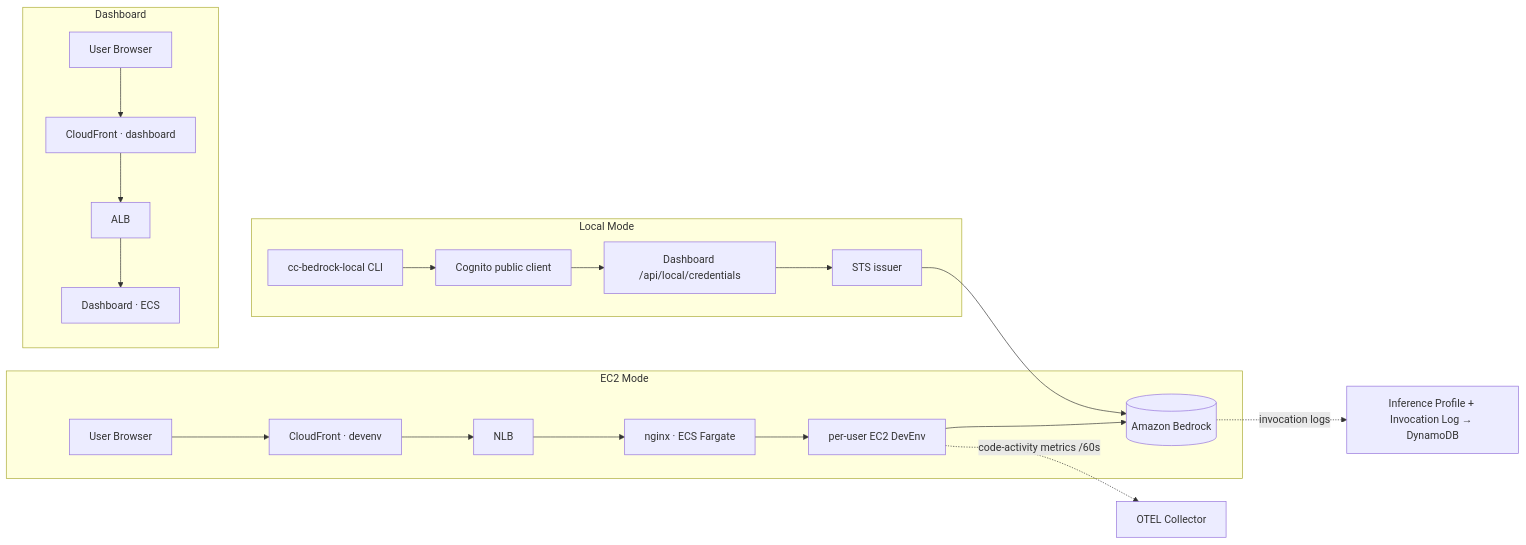
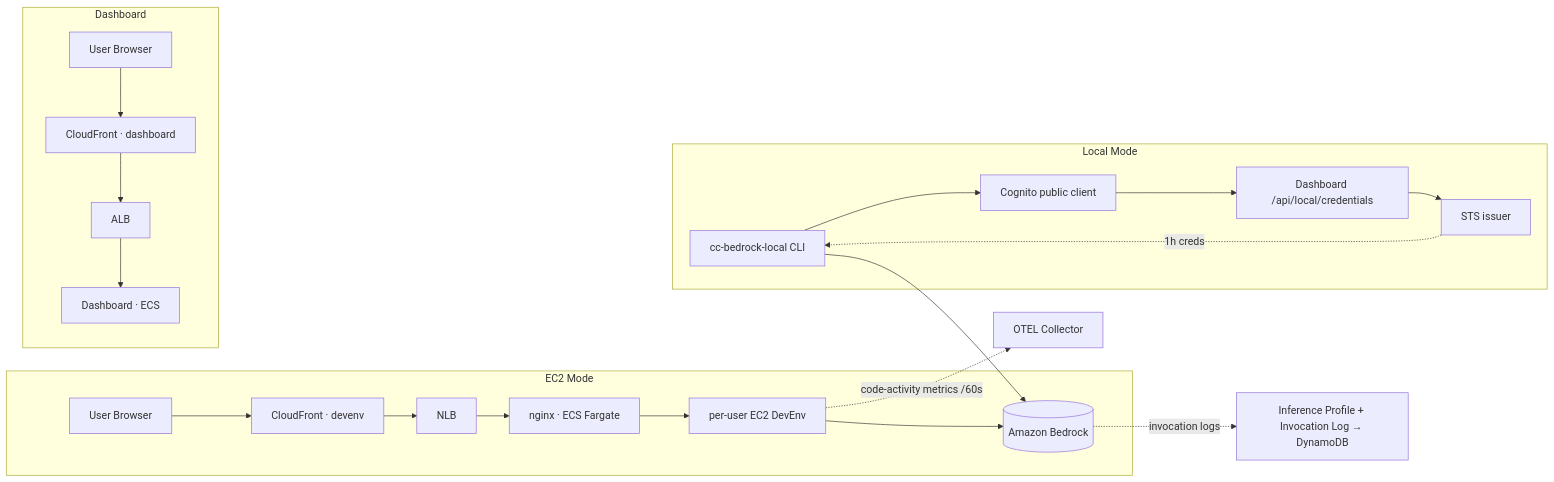
Before and after one commit to Atom-oh/cc-on-bedrock: the diagram in docs/architecture.md, drawn with Mermaid. The commit also changed other lines of this file and 3 other files, not shown here.

````diff
--- a/docs/architecture.md
+++ b/docs/architecture.md
@@ -15,15 +15,17 @@
 ```mermaid
 graph LR
   subgraph EC2 Mode
     U1[User Browser] --> CFd[CloudFront · devenv] --> NLB --> NG[nginx · ECS Fargate] --> EC2[per-user EC2 DevEnv]
     EC2 --> BR[(Amazon Bedrock)]
   end
   subgraph Dashboard
     U2[User Browser] --> CFa[CloudFront · dashboard] --> ALB --> DASH[Dashboard · ECS]
   end
   subgraph Local Mode
-    L[cc-bedrock-local CLI] --> CG[Cognito public client] --> API[Dashboard /api/local/credentials] --> STS[STS issuer] --> BR
+    L[cc-bedrock-local CLI] --> CG[Cognito public client] --> API[Dashboard /api/local/credentials] --> STS[STS issuer]
+    STS -. 1h creds .-> L
+    L --> BR
   end
   EC2 -. code-activity metrics /60s .-> OT[OTEL Collector]
   BR -. invocation logs .-> AGG[Inference Profile + Invocation Log → DynamoDB]
 ```
````
